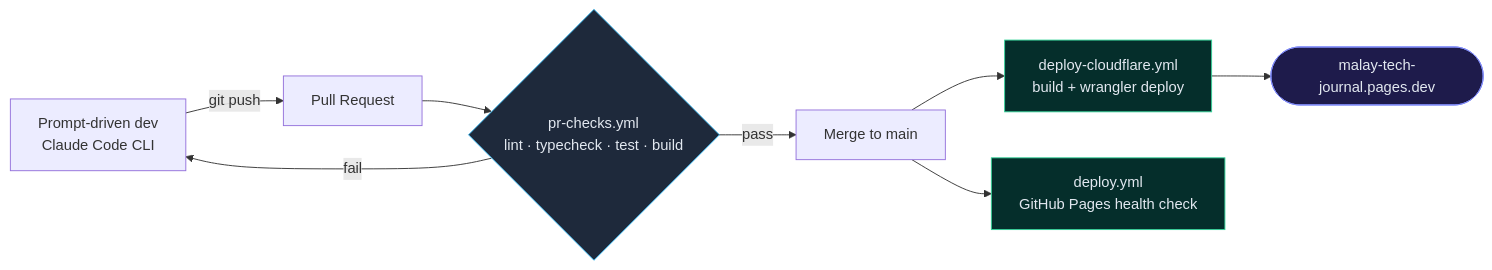
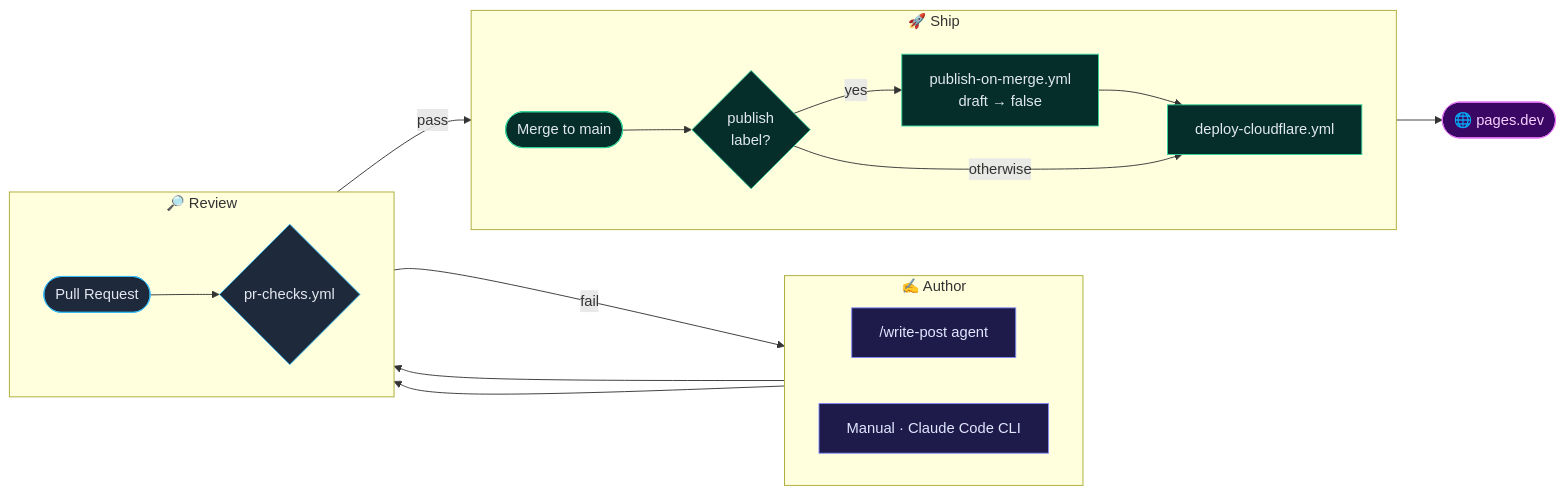
One commit to arifbazli/malay-tech-journal changed the diagram in README.md. Above: the diagram before and after it, drawn with Mermaid. The commit also changed other lines of this file and 3 other files, not shown here.

First line of the commit message:
docs: modernize README pipeline diagram, update content pipeline docs

````diff
--- a/README.md
+++ b/README.md
@@ -53,17 +55,41 @@
 ```mermaid
 flowchart LR
-    A["Prompt-driven dev<br/>Claude Code CLI"] -->|git push| B["Pull Request"]
-    B --> C{"pr-checks.yml<br/>lint · typecheck · test · build"}
-    C -->|fail| A
-    C -->|pass| D["Merge to main"]
-    D --> E["deploy-cloudflare.yml<br/>build + wrangler deploy"]
-    D --> F["deploy.yml<br/>GitHub Pages health check"]
-    E --> G(["malay-tech-journal.pages.dev"])
+    subgraph author["✍️ Author"]
+        direction LR
+        A1["/write-post agent"]
+        A2["Manual · Claude Code CLI"]
+    end
 
+    subgraph review["🔎 Review"]
+        direction LR
+        B(["Pull Request"])
+        C{"pr-checks.yml"}
+    end
+
+    subgraph ship["🚀 Ship"]
+        direction LR
+        D(["Merge to main"])
+        E{"publish<br/>label?"}
+        F["publish-on-merge.yml<br/>draft → false"]
+        G["deploy-cloudflare.yml"]
+    end
+
+    A1 --> B
+    A2 --> B
+    B --> C
+    C -->|fail| A2
+    C -->|pass| D
+    D --> E
+    E -->|yes| F --> G
+    E -->|otherwise| G
+    G --> H(["🌐 pages.dev"])
+
+    classDef author fill:#1e1b4b,stroke:#818cf8,color:#e0e7ff
     classDef check fill:#1e293b,stroke:#38bdf8,color:#e2e8f0
     classDef deploy fill:#052e2b,stroke:#34d399,color:#e2e8f0
-    classDef live fill:#1e1b4b,stroke:#818cf8,color:#e2e8f0
-    class C check
-    class E,F deploy
-    class G live
+    classDef live fill:#3b0764,stroke:#e879f9,color:#f5d0fe
+    class A1,A2 author
+    class B,C check
+    class D,E,F,G deploy
+    class H live
 ```
````
